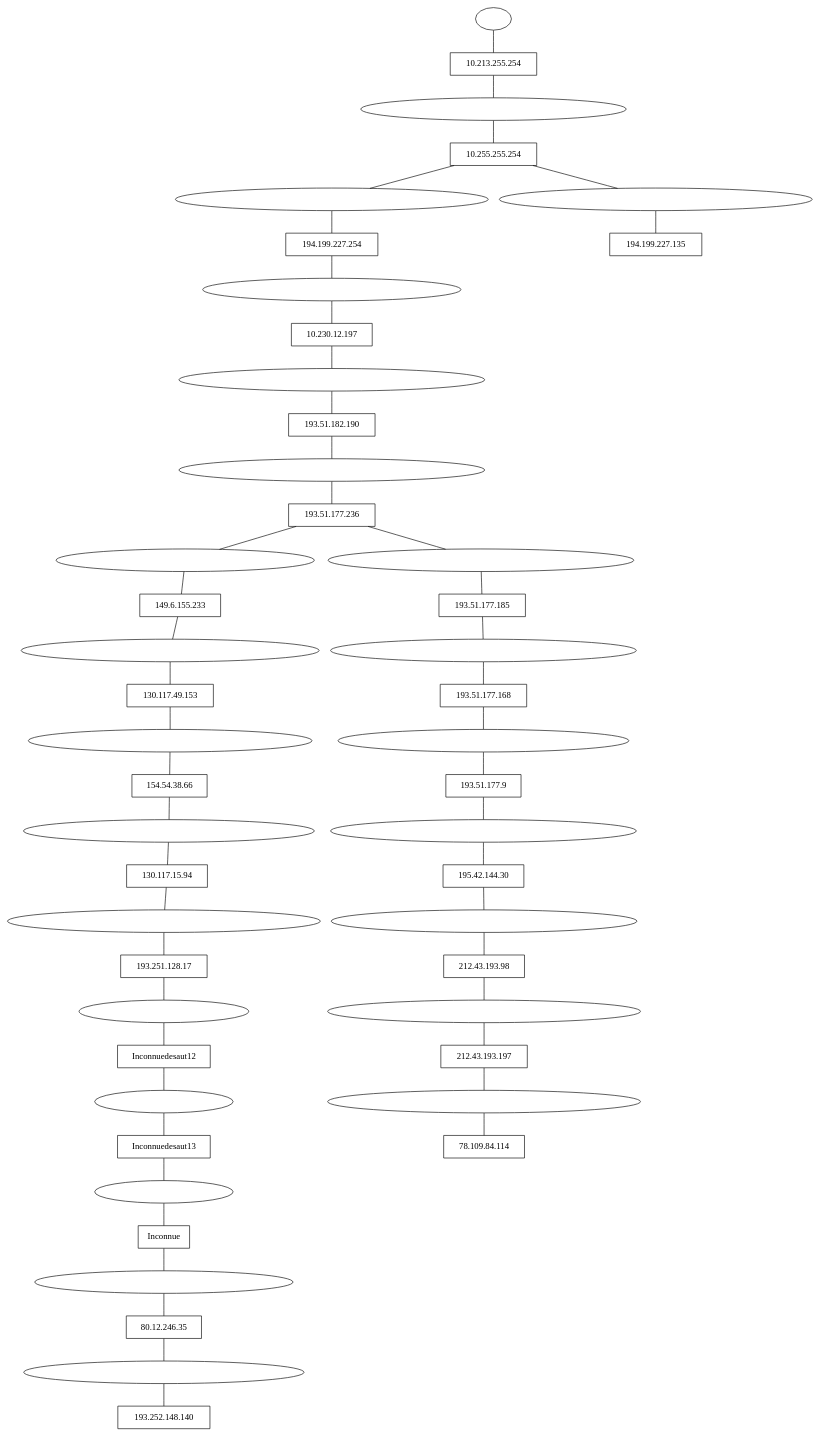
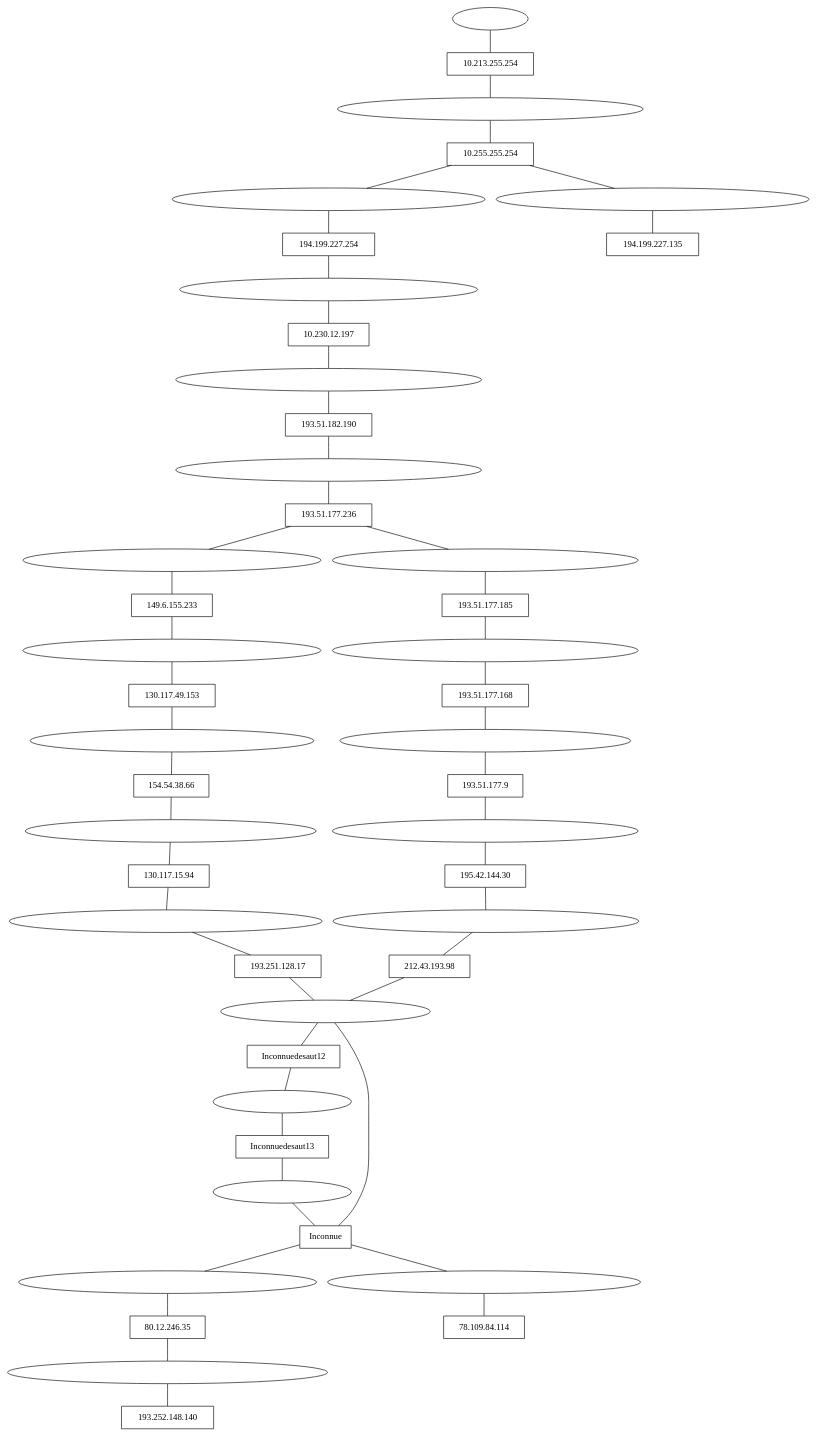
The diagram in Bureau/VERSIONFINALSCRIPT/map.dot (M-TEYSSIER/Traceroute), drawn with Graphviz before and after one commit. The commit also changed 4 other files, not shown here.

```diff
--- a/Bureau/VERSIONFINALSCRIPT/map.dot
+++ b/Bureau/VERSIONFINALSCRIPT/map.dot
@@ -1,9 +1,9 @@
 Strict Graph G {
 node[layer=all,shape=box];
-Moi -- " 10.213.255.254 " -- " Réseau avant 10.255.255.254 [*] & saut 1 " -- " 10.255.255.254 " -- " Réseau avant 194.199.227.254 [AS2200] & saut 2 " -- " 194.199.227.254 " -- " Réseau avant 10.230.12.197 [*] & saut 3 " -- " 10.230.12.197 " -- " Réseau avant 193.51.182.190 [AS2200] & saut 4 " -- " 193.51.182.190 " -- " Réseau avant 193.51.177.236 [AS2200] & saut 5 " -- " 193.51.177.236 " -- " Réseau avant 149.6.155.233 [*] & saut 6 " -- " 149.6.155.233 " -- " Réseau avant 130.117.49.153 [AS174] & saut 7 " -- " 130.117.49.153 " -- " Réseau avant 154.54.38.66 [AS174] & saut 8 " -- " 154.54.38.66 " -- " Réseau avant 130.117.15.94 [AS174] & saut 9 " -- " 130.117.15.94 " -- " Réseau avant 193.251.128.17 [AS5511] & saut 10 " -- " 193.251.128.17 " -- " Réseau avant * & saut 11 " --  Inconnuedesaut12 -- " Inconnue de saut 12 " --  Inconnuedesaut13 -- " Inconnue de saut 13 " --  Inconnue  -- " Réseau avant 80.12.246.35 [*] & saut 14 " -- " 80.12.246.35 " -- " Réseau avant 193.252.148.140 [*] & saut 15 " -- " 193.252.148.140 "; 
-Moi , " Réseau avant 10.255.255.254 [*] & saut 1 "  , " Réseau avant 194.199.227.254 [AS2200] & saut 2 "  , " Réseau avant 10.230.12.197 [*] & saut 3 "  , " Réseau avant 193.51.182.190 [AS2200] & saut 4 "  , " Réseau avant 193.51.177.236 [AS2200] & saut 5 "  , " Réseau avant 149.6.155.233 [*] & saut 6 "  , " Réseau avant 130.117.49.153 [AS174] & saut 7 "  , " Réseau avant 154.54.38.66 [AS174] & saut 8 "  , " Réseau avant 130.117.15.94 [AS174] & saut 9 "  , " Réseau avant 193.251.128.17 [AS5511] & saut 10 "  , " Réseau avant * & saut 11 "  , " Inconnue de saut 12 "  , " Inconnue de saut 13 "  , " Réseau avant 80.12.246.35 [*] & saut 14 "  , " Réseau avant 193.252.148.140 [*] & saut 15 "   [shape=ellipse,fontcolor=white];
-Moi -- " 10.213.255.254 " -- " Réseau avant 10.255.255.254 [*] & saut 1 " -- " 10.255.255.254 " -- " Réseau avant 194.199.227.135 [AS2200] & saut 2 " -- " 194.199.227.135 "; 
-Moi , " Réseau avant 10.255.255.254 [*] & saut 1 "  , " Réseau avant 194.199.227.135 [AS2200] & saut 2 "   [shape=ellipse,fontcolor=white];
-Moi -- " 10.213.255.254 " -- " Réseau avant 10.255.255.254 [*] & saut 1 " -- " 10.255.255.254 " -- " Réseau avant 194.199.227.254 [AS2200] & saut 2 " -- " 194.199.227.254 " -- " Réseau avant 10.230.12.197 [*] & saut 3 " -- " 10.230.12.197 " -- " Réseau avant 193.51.182.190 [AS2200] & saut 4 " -- " 193.51.182.190 " -- " Réseau avant 193.51.177.236 [AS2200] & saut 5 " -- " 193.51.177.236 " -- " Réseau avant 193.51.177.185 [AS2200] & saut 6 " -- " 193.51.177.185 " -- " Réseau avant 193.51.177.168 [AS2200] & saut 7 " -- " 193.51.177.168 " -- " Réseau avant 193.51.177.9 [AS2200] & saut 8 " -- " 193.51.177.9 " -- " Réseau avant 195.42.144.30 [AS44729] & saut 9 " -- " 195.42.144.30 " -- " Réseau avant 212.43.193.98 [AS8426] & saut 10 " -- " 212.43.193.98 " -- " Réseau avant 212.43.193.197 [AS8426] & saut 11 " -- " 212.43.193.197 " -- " Réseau avant 78.109.84.114 [AS34948] & saut 12 " -- " 78.109.84.114 "; 
-Moi , " Réseau avant 10.255.255.254 [*] & saut 1 "  , " Réseau avant 194.199.227.254 [AS2200] & saut 2 "  , " Réseau avant 10.230.12.197 [*] & saut 3 "  , " Réseau avant 193.51.182.190 [AS2200] & saut 4 "  , " Réseau avant 193.51.177.236 [AS2200] & saut 5 "  , " Réseau avant 193.51.177.185 [AS2200] & saut 6 "  , " Réseau avant 193.51.177.168 [AS2200] & saut 7 "  , " Réseau avant 193.51.177.9 [AS2200] & saut 8 "  , " Réseau avant 195.42.144.30 [AS44729] & saut 9 "  , " Réseau avant 212.43.193.98 [AS8426] & saut 10 "  , " Réseau avant 212.43.193.197 [AS8426] & saut 11 "  , " Réseau avant 78.109.84.114 [AS34948] & saut 12 "   [shape=ellipse,fontcolor=white];
+"10.213.8.1" -- " 10.213.255.254 " -- " Réseau avant 10.255.255.254 [[65535]] & saut 1 " -- " 10.255.255.254 " -- " Réseau avant 194.199.227.254 [AS2200] & saut 2 " -- " 194.199.227.254 " -- " Réseau avant 10.230.12.197 [[65535]] & saut 3 " -- " 10.230.12.197 " -- " Réseau avant 193.51.182.190 [AS2200] & saut 4 " -- " 193.51.182.190 " -- " Réseau avant 193.51.177.236 [AS2200] & saut 5 " -- " 193.51.177.236 " -- " Réseau avant 149.6.155.233 [[65535]] & saut 6 " -- " 149.6.155.233 " -- " Réseau avant 130.117.49.153 [AS174] & saut 7 " -- " 130.117.49.153 " -- " Réseau avant 154.54.38.66 [AS174] & saut 8 " -- " 154.54.38.66 " -- " Réseau avant 130.117.15.94 [AS174] & saut 9 " -- " 130.117.15.94 " -- " Réseau avant 193.251.128.17 [AS5511] & saut 10 " -- " 193.251.128.17 " -- " Réseau avant [65535] & saut 11 " --  Inconnuedesaut12 -- " Inconnue de saut 12 " --  Inconnuedesaut13 -- " Inconnue de saut 13 " --  Inconnue  -- " Réseau avant 80.12.246.35 [[65535]] & saut 14 " -- " 80.12.246.35 " -- " Réseau avant 193.252.148.140 [[65535]] & saut 15 " -- " 193.252.148.140 "; 
+"10.213.8.1" , " Réseau avant 10.255.255.254 [[65535]] & saut 1 "  , " Réseau avant 194.199.227.254 [AS2200] & saut 2 "  , " Réseau avant 10.230.12.197 [[65535]] & saut 3 "  , " Réseau avant 193.51.182.190 [AS2200] & saut 4 "  , " Réseau avant 193.51.177.236 [AS2200] & saut 5 "  , " Réseau avant 149.6.155.233 [[65535]] & saut 6 "  , " Réseau avant 130.117.49.153 [AS174] & saut 7 "  , " Réseau avant 154.54.38.66 [AS174] & saut 8 "  , " Réseau avant 130.117.15.94 [AS174] & saut 9 "  , " Réseau avant 193.251.128.17 [AS5511] & saut 10 "  , " Réseau avant [65535] & saut 11 "  , " Inconnue de saut 12 "  , " Inconnue de saut 13 "  , " Réseau avant 80.12.246.35 [[65535]] & saut 14 "  , " Réseau avant 193.252.148.140 [[65535]] & saut 15 "   [shape=ellipse,fontcolor=white];
+"10.213.8.1" -- " 10.213.255.254 " -- " Réseau avant 10.255.255.254 [[65535]] & saut 1 " -- " 10.255.255.254 " -- " Réseau avant 194.199.227.135 [AS2200] & saut 2 " -- " 194.199.227.135 "; 
+"10.213.8.1" , " Réseau avant 10.255.255.254 [[65535]] & saut 1 "  , " Réseau avant 194.199.227.135 [AS2200] & saut 2 "   [shape=ellipse,fontcolor=white];
+"10.213.8.1" -- " 10.213.255.254 " -- " Réseau avant 10.255.255.254 [[65535]] & saut 1 " -- " 10.255.255.254 " -- " Réseau avant 194.199.227.254 [AS2200] & saut 2 " -- " 194.199.227.254 " -- " Réseau avant 10.230.12.197 [[65535]] & saut 3 " -- " 10.230.12.197 " -- " Réseau avant 193.51.182.190 [AS2200] & saut 4 " -- " 193.51.182.190 " -- " Réseau avant 193.51.177.236 [AS2200] & saut 5 " -- " 193.51.177.236 " -- " Réseau avant 193.51.177.185 [AS2200] & saut 6 " -- " 193.51.177.185 " -- " Réseau avant 193.51.177.168 [AS2200] & saut 7 " -- " 193.51.177.168 " -- " Réseau avant 193.51.177.9 [AS2200] & saut 8 " -- " 193.51.177.9 " -- " Réseau avant 195.42.144.30 [AS44729] & saut 9 " -- " 195.42.144.30 " -- " Réseau avant 212.43.193.98 [AS8426] & saut 10 " -- " 212.43.193.98 " -- " Réseau avant [65535] & saut 11 " --  Inconnue  -- " Réseau avant 78.109.84.114 [AS34948] & saut 12 " -- " 78.109.84.114 "; 
+"10.213.8.1" , " Réseau avant 10.255.255.254 [[65535]] & saut 1 "  , " Réseau avant 194.199.227.254 [AS2200] & saut 2 "  , " Réseau avant 10.230.12.197 [[65535]] & saut 3 "  , " Réseau avant 193.51.182.190 [AS2200] & saut 4 "  , " Réseau avant 193.51.177.236 [AS2200] & saut 5 "  , " Réseau avant 193.51.177.185 [AS2200] & saut 6 "  , " Réseau avant 193.51.177.168 [AS2200] & saut 7 "  , " Réseau avant 193.51.177.9 [AS2200] & saut 8 "  , " Réseau avant 195.42.144.30 [AS44729] & saut 9 "  , " Réseau avant 212.43.193.98 [AS8426] & saut 10 "  , " Réseau avant [65535] & saut 11 "  , " Réseau avant 78.109.84.114 [AS34948] & saut 12 "   [shape=ellipse,fontcolor=white];
 }
```
